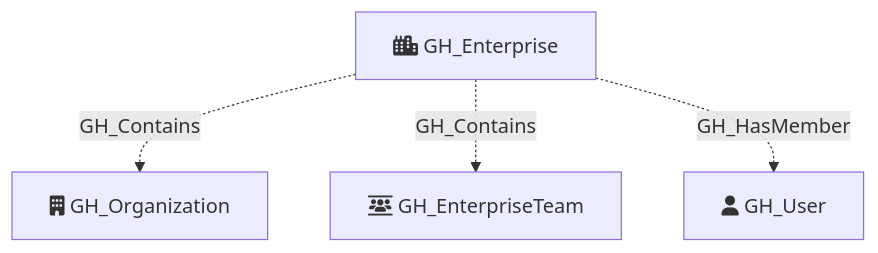
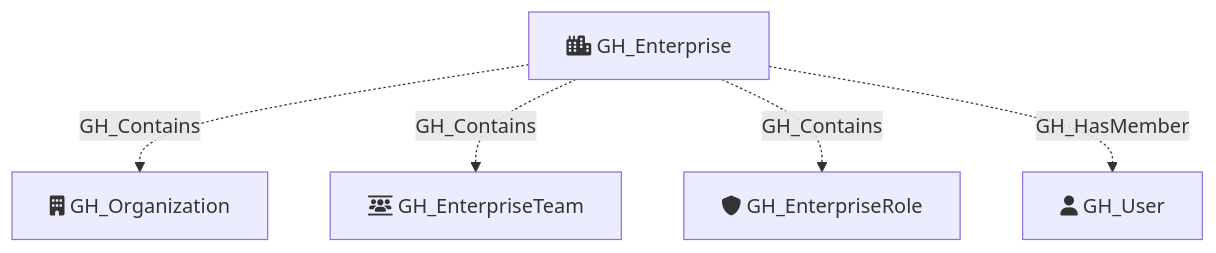
One commit to SpecterOps/GitHound changed the diagram in Documentation/NodeDescriptions/GH_Enterprise.md. Above: the diagram before and after it, drawn with Mermaid. The commit also changed other lines of this file and 6 other files, not shown here.

````diff
--- a/Documentation/NodeDescriptions/GH_Enterprise.md
+++ b/Documentation/NodeDescriptions/GH_Enterprise.md
@@ -39,11 +82,13 @@
 ```mermaid
 flowchart TD
     GH_Enterprise[fa:fa-city GH_Enterprise]
     GH_Organization[fa:fa-building GH_Organization]
     GH_User[fa:fa-user GH_User]
+    GH_EnterpriseRole[fa:fa-shield GH_EnterpriseRole]
     GH_EnterpriseTeam[fa:fa-users-between-lines GH_EnterpriseTeam]
 
     GH_Enterprise -.->|GH_Contains| GH_Organization
     GH_Enterprise -.->|GH_Contains| GH_EnterpriseTeam
+    GH_Enterprise -.->|GH_Contains| GH_EnterpriseRole
     GH_Enterprise -.->|GH_HasMember| GH_User
 ```
````
